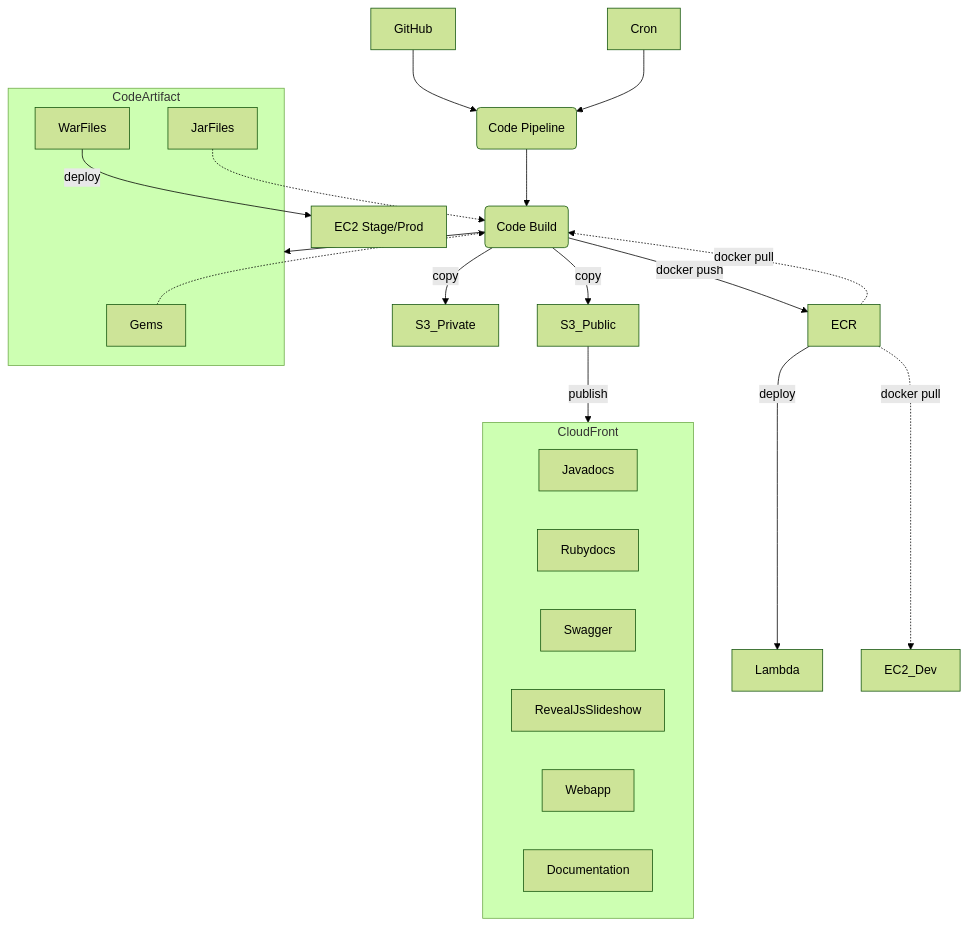
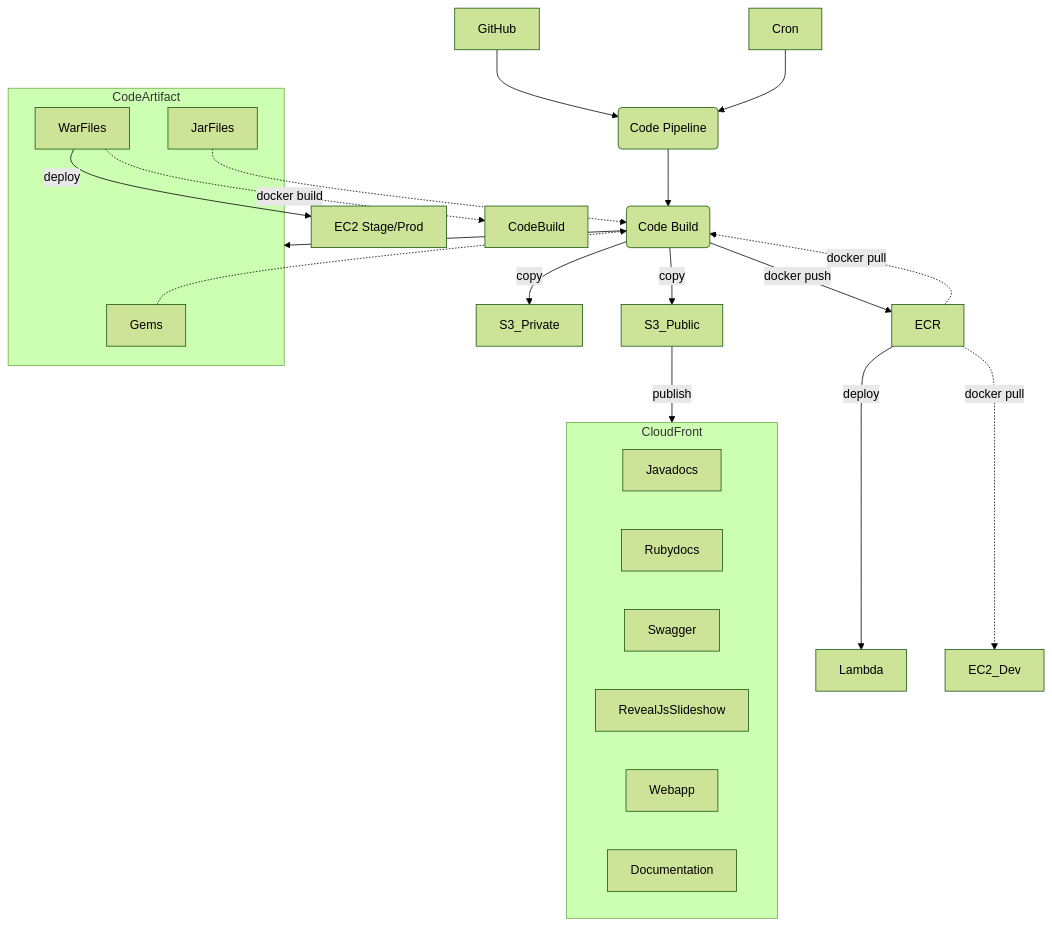
Before and after one commit to CDLUC3/mrt-doc: the first of 2 diagrams in design/aws-build/README.md, drawn with Mermaid (forest theme).

````diff
--- a/design/aws-build/README.md
+++ b/design/aws-build/README.md
@@ -11,36 +11,37 @@
 ```mermaid
 graph TD
   GitHub --> Pipeline
   Cron --> Pipeline
   Pipeline(Code Pipeline)
   Pipeline --> Build
   Build(Code Build)
   S3_Private
   S3_Public
   Build --> CodeArtifact
   Build --> |copy| S3_Public
   S3_Public --> |publish| CloudFront
   Build --> |docker push| ECR
   Build --> |copy| S3_Private
   ECR
   ECR --> |deploy| Lambda
   ECR -.-> |docker pull| EC2_Dev
   ECR -.-> |docker pull| Build
   subgraph CodeArtifact
     Gems
     JarFiles
     WarFiles
   end
   EC2[EC2 Stage/Prod]
   WarFiles --> |deploy| EC2
+  WarFiles -.-> |docker build| CodeBuild
   Gems -.-> Build
   JarFiles -.-> Build
   subgraph CloudFront
     Javadocs
     Rubydocs
     Swagger
     RevealJsSlideshow
     Webapp
     Documentation
   end
 ```
````
